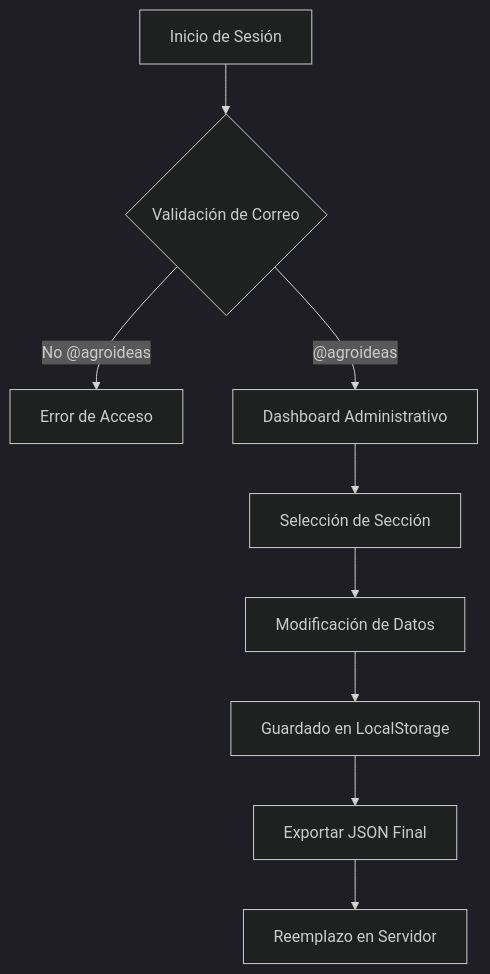
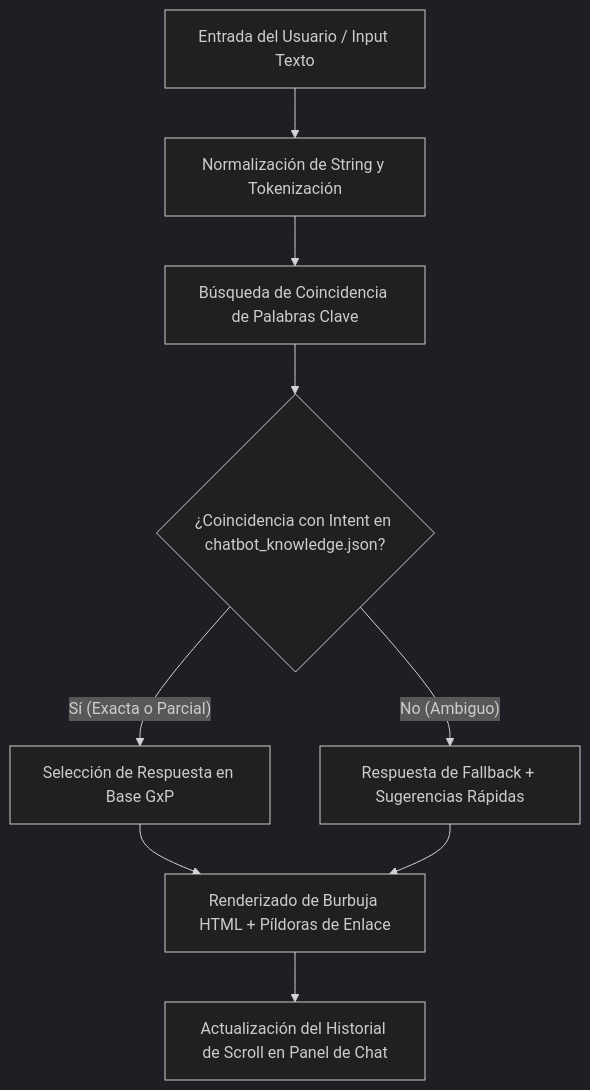
The second of 2 diagrams in document/4_Arquitectura_Datos_Interaccion.md (modernizacion1-rgb/portal_modernizacion_rag_1), drawn with Mermaid (dark theme) before and after one commit. The commit also changed other lines of this file and 224 other files, not shown here.

````diff
--- a/document/4_Arquitectura_Datos_Interaccion.md
+++ b/document/4_Arquitectura_Datos_Interaccion.md
@@ -27,11 +68,11 @@
 ```mermaid
 graph TD
-    A[Inicio de Sesión] --> B{Validación de Correo}
-    B -- No @agroideas --> C[Error de Acceso]
-    B -- @agroideas --> D[Dashboard Administrativo]
-    D --> E[Selección de Sección]
-    E --> F[Modificación de Datos]
-    F --> G[Guardado en LocalStorage]
-    G --> H[Exportar JSON Final]
-    H --> I[Reemplazo en Servidor]
+    A[Entrada del Usuario / Input Texto] --> B[Normalización de String y Tokenización]
+    B --> C[Búsqueda de Coincidencia de Palabras Clave]
+    C --> D{¿Coincidencia con Intent en chatbot_knowledge.json?}
+    D -- Sí (Exacta o Parcial) --> E[Selección de Respuesta en Base GxP]
+    D -- No (Ambiguo) --> F[Respuesta de Fallback + Sugerencias Rápidas]
+    E --> G[Renderizado de Burbuja HTML + Píldoras de Enlace]
+    F --> G
+    G --> H[Actualización del Historial de Scroll en Panel de Chat]
 ```
````
